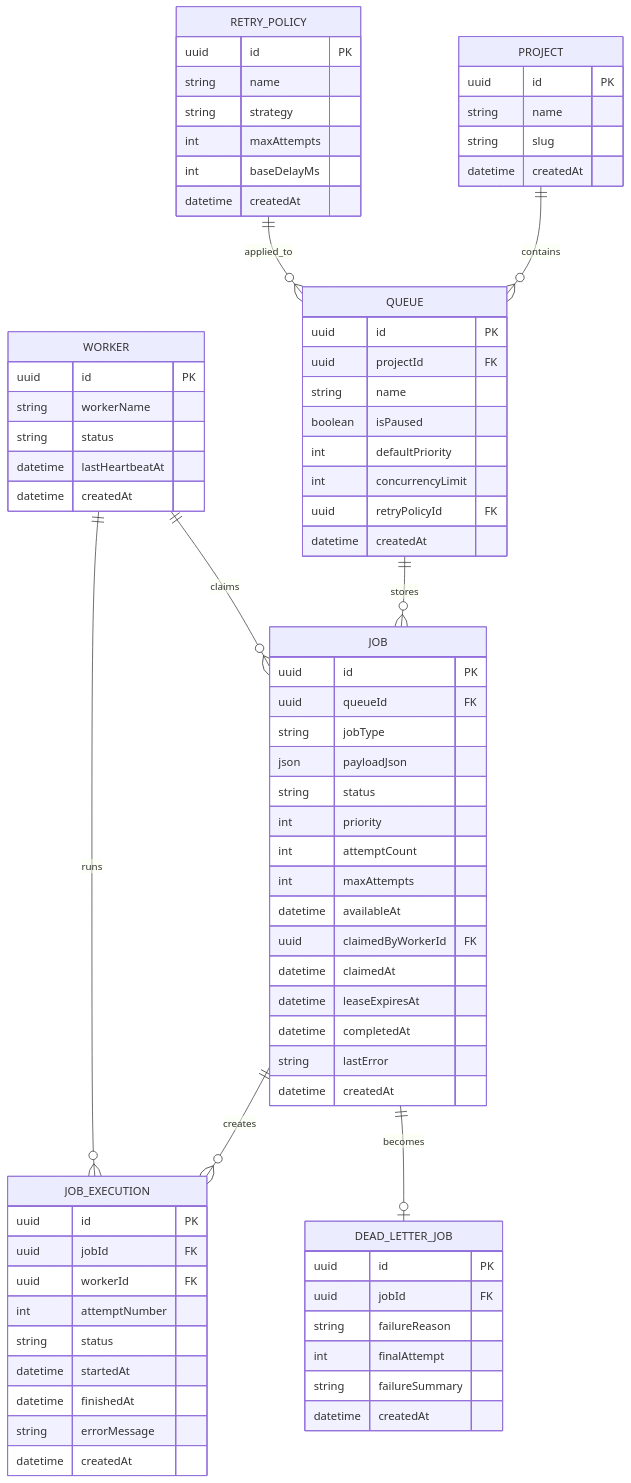
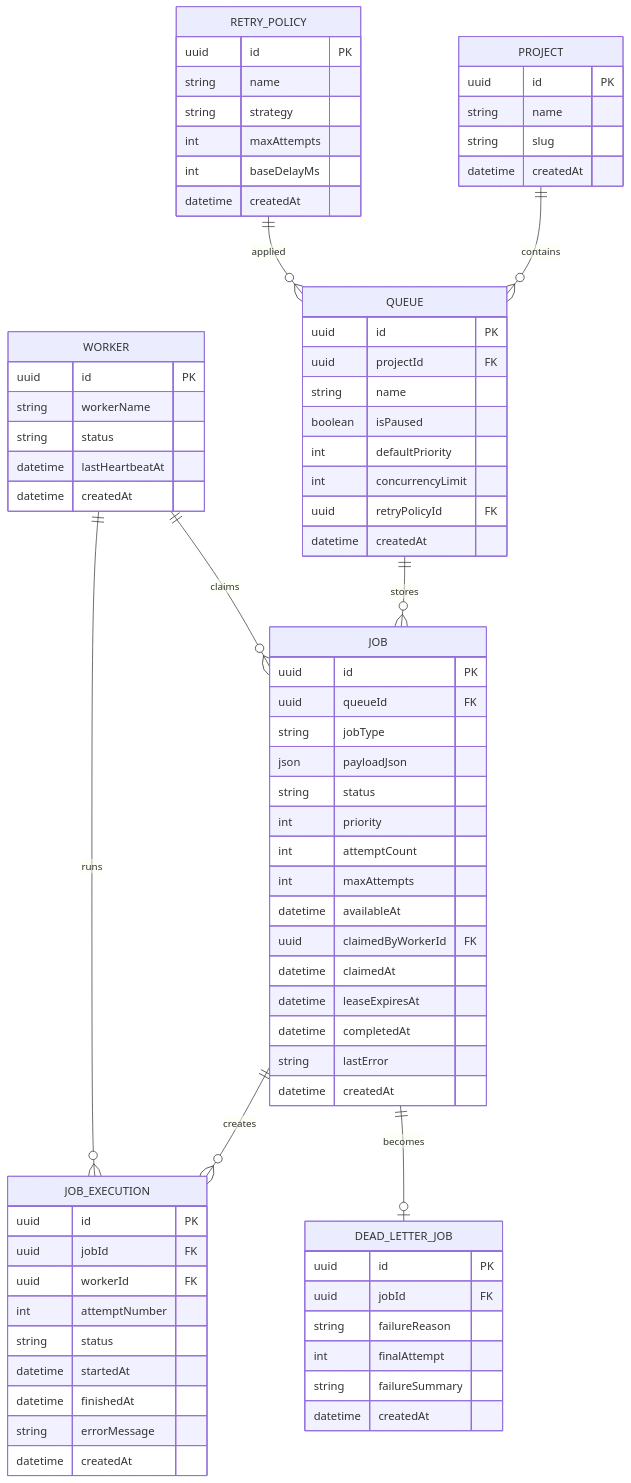
One commit to prateek-crypto/relay-working-mvp-submission changed the second of 2 diagrams in README.md. Above: the diagram before and after it, drawn with Mermaid. The commit also changed other lines of this file, not shown here.

Commit message:
docs: fix broken mermaid diagrams in readme

````diff
--- a/README.md
+++ b/README.md
@@ -462,7 +96,7 @@
 ```mermaid
 erDiagram
     PROJECT ||--o{ QUEUE : contains
-    RETRY_POLICY ||--o{ QUEUE : applied_to
+    RETRY_POLICY ||--o{ QUEUE : applied
     QUEUE ||--o{ JOB : stores
     WORKER ||--o{ JOB : claims
     JOB ||--o{ JOB_EXECUTION : creates
@@ -475,7 +109,6 @@
         string slug
         datetime createdAt
     }
-
     RETRY_POLICY {
         uuid id PK
         string name
@@ -484,7 +117,6 @@
         int baseDelayMs
         datetime createdAt
     }
-
     QUEUE {
         uuid id PK
         uuid projectId FK
@@ -495,7 +127,6 @@
         uuid retryPolicyId FK
         datetime createdAt
     }
-
     JOB {
         uuid id PK
         uuid queueId FK
@@ -513,7 +144,6 @@
         string lastError
         datetime createdAt
     }
-
     WORKER {
         uuid id PK
         string workerName
@@ -521,7 +151,6 @@
         datetime lastHeartbeatAt
         datetime createdAt
     }
-
     JOB_EXECUTION {
         uuid id PK
         uuid jobId FK
@@ -533,7 +162,6 @@
         string errorMessage
         datetime createdAt
     }
-
     DEAD_LETTER_JOB {
         uuid id PK
         uuid jobId FK
````
